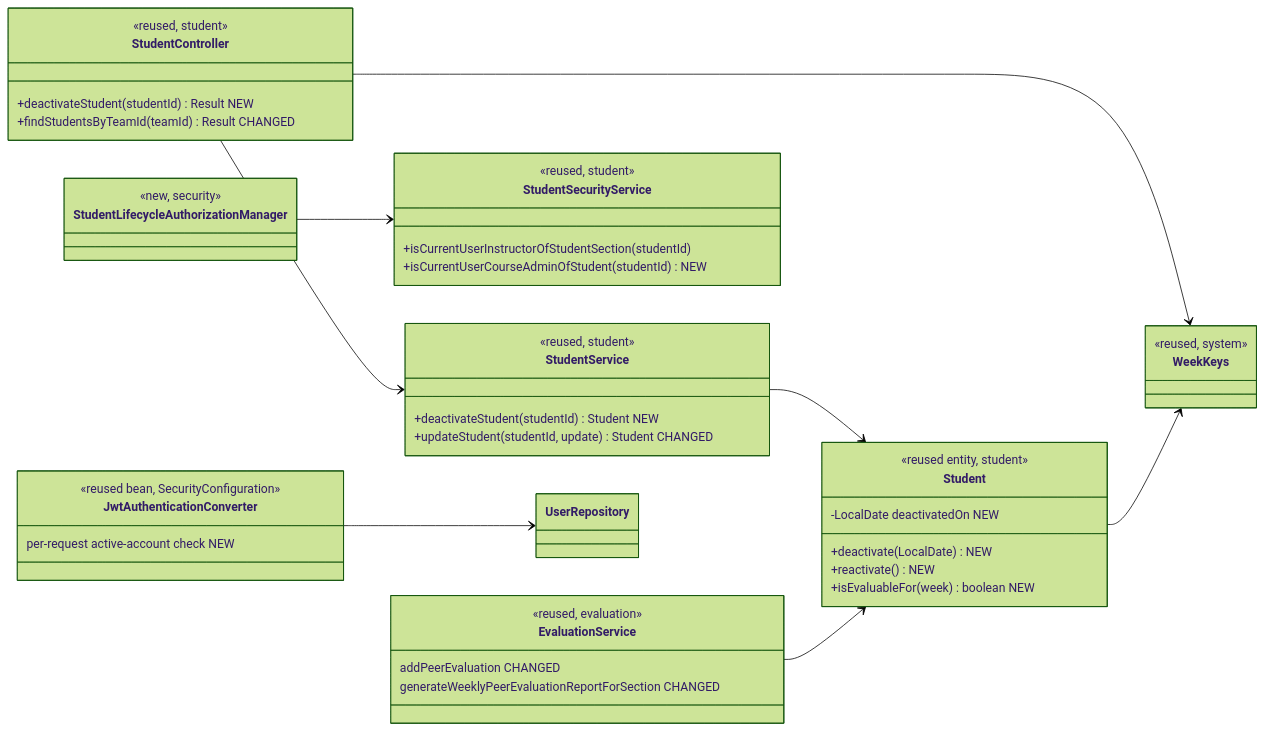
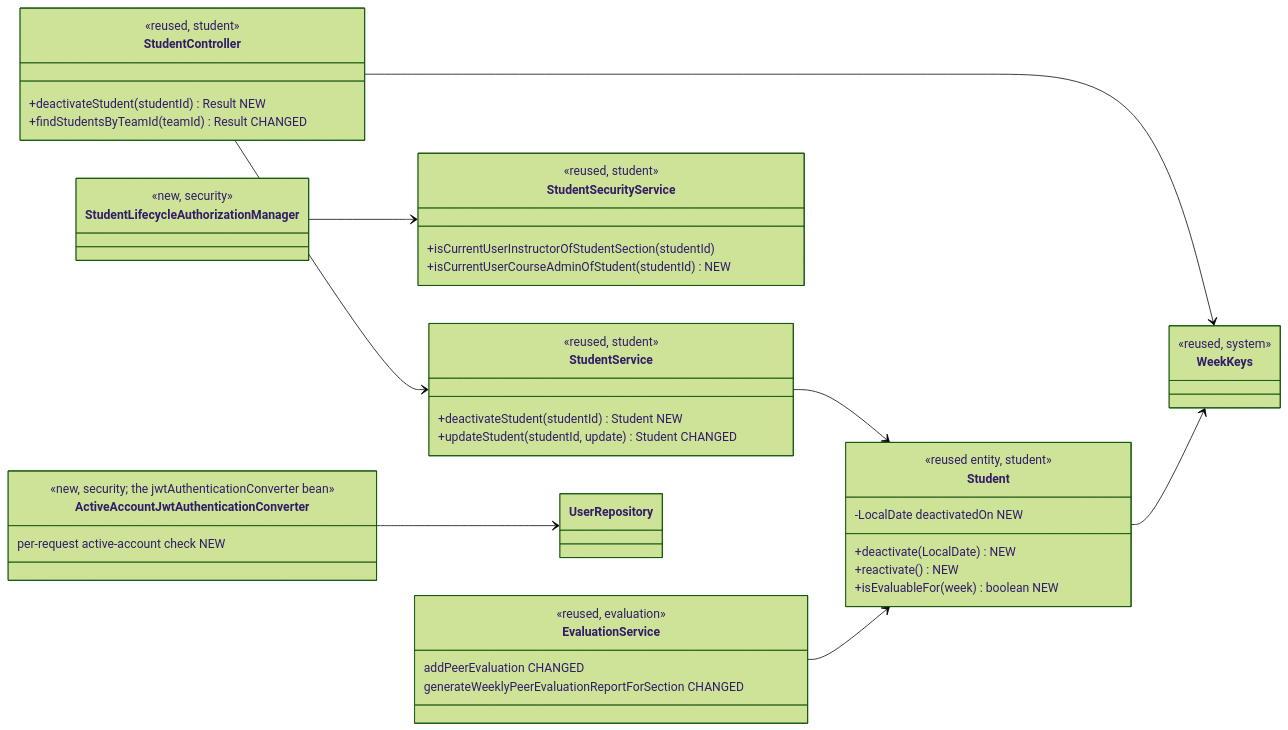
Before and after one commit to atertx/add-a-use-case: the first of 4 diagrams in docs/design/stu.md, drawn with Mermaid (forest theme). The commit also changed other lines of this file and 1 other file, not shown here.

````diff
--- a/docs/design/stu.md
+++ b/docs/design/stu.md
@@ -16,48 +16,48 @@
 ```mermaid
 classDiagram
     direction LR
     class StudentController {
         <<reused, student>>
         +deactivateStudent(studentId) Result NEW
         +findStudentsByTeamId(teamId) Result CHANGED
     }
     class StudentService {
         <<reused, student>>
         +deactivateStudent(studentId) Student NEW
         +updateStudent(studentId, update) Student CHANGED
     }
     class Student {
         <<reused entity, student>>
         -LocalDate deactivatedOn NEW
         +deactivate(LocalDate) NEW
         +reactivate() NEW
         +isEvaluableFor(week) boolean NEW
     }
     class StudentSecurityService {
         <<reused, student>>
         +isCurrentUserInstructorOfStudentSection(studentId)
         +isCurrentUserCourseAdminOfStudent(studentId) NEW
     }
     class StudentLifecycleAuthorizationManager {
         <<new, security>>
     }
-    class JwtAuthenticationConverter {
-        <<reused bean, SecurityConfiguration>>
+    class ActiveAccountJwtAuthenticationConverter {
+        <<new, security; the jwtAuthenticationConverter bean>>
         per-request active-account check NEW
     }
     class EvaluationService {
         <<reused, evaluation>>
         addPeerEvaluation CHANGED
         generateWeeklyPeerEvaluationReportForSection CHANGED
     }
     class WeekKeys {
         <<reused, system>>
     }
     StudentController --> StudentService
     StudentController --> WeekKeys
     StudentService --> Student
     StudentLifecycleAuthorizationManager --> StudentSecurityService
     EvaluationService --> Student
     Student --> WeekKeys
-    JwtAuthenticationConverter --> UserRepository
+    ActiveAccountJwtAuthenticationConverter --> UserRepository
 ```
````
